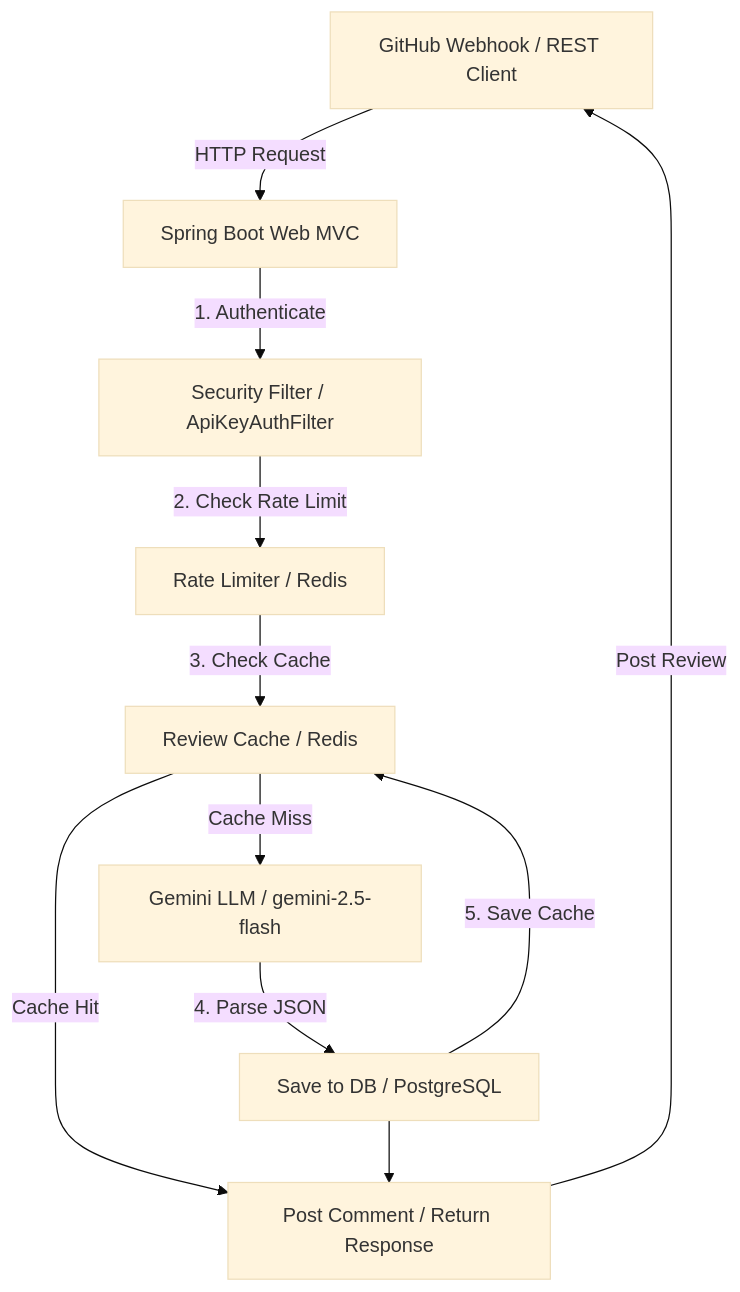
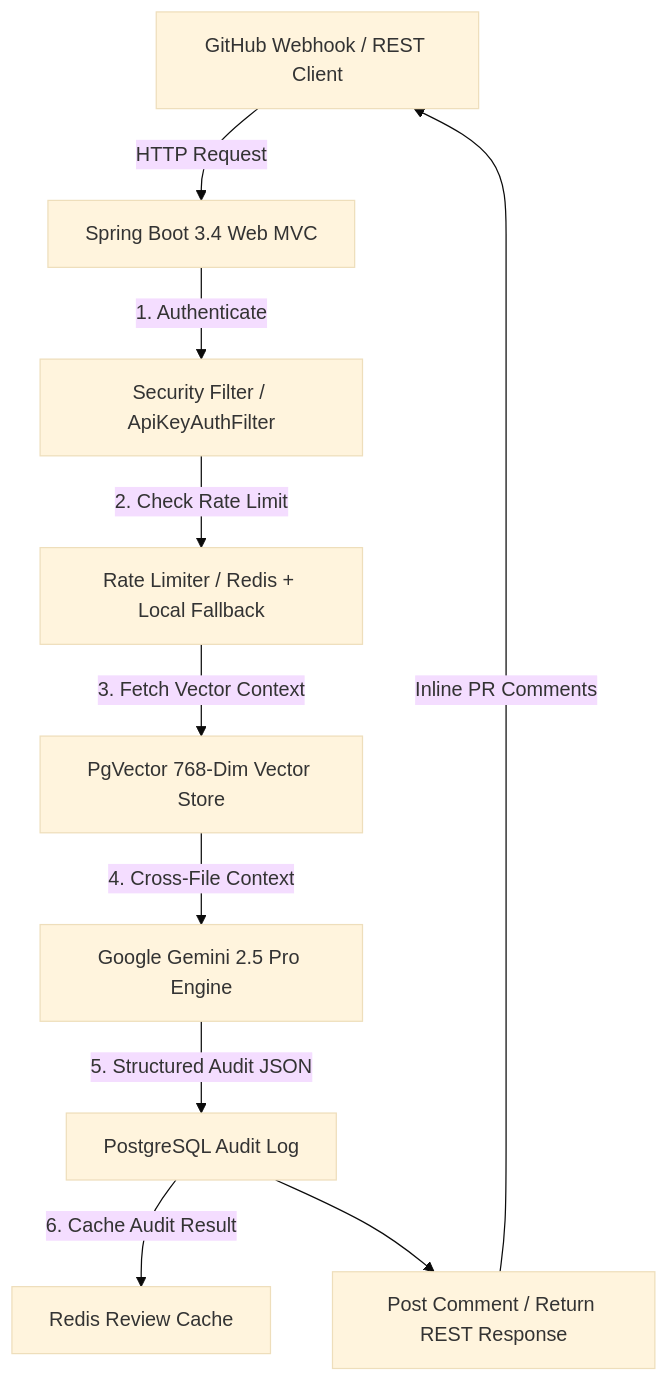
Before and after one commit to atharvvvv-v/AICodeReviewBot: the diagram in README.md, drawn with Mermaid (base theme). The commit also changed other lines of this file, not shown here.

Commit message:
docs(readme): update documentation with SentinAI UI redesign, RAG architecture, and resume summary

````diff
--- a/README.md
+++ b/README.md
@@ -85,16 +77,14 @@
 ```mermaid
 graph TD
-    GH[GitHub Webhook / REST Client] -->|HTTP Request| API[Spring Boot Web MVC]
+    GH[GitHub Webhook / REST Client] -->|HTTP Request| API[Spring Boot 3.4 Web MVC]
     API -->|1. Authenticate| SEC[Security Filter / ApiKeyAuthFilter]
-    SEC -->|2. Check Rate Limit| RL[Rate Limiter / Redis]
-    RL -->|3. Check Cache| CH[Review Cache / Redis]
+    SEC -->|2. Check Rate Limit| RL[Rate Limiter / Redis + Local Fallback]
+    RL -->|3. Fetch Vector Context| RAG[PgVector 768-Dim Vector Store]
     
-    CH -- Cache Hit --> OUT[Post Comment / Return Response]
-    CH -- Cache Miss --> LLM[Gemini LLM / gemini-2.5-flash]
+    RAG -->|4. Cross-File Context| LLM[Google Gemini 2.5 Pro Engine]
+    LLM -->|5. Structured Audit JSON| DB[PostgreSQL Audit Log]
     
-    LLM -->|4. Parse JSON| DB[Save to DB / PostgreSQL]
-    DB -->|5. Save Cache| CH
-    DB --> OUT
-    
-    OUT -->|Post Review| GH
+    DB -->|6. Cache Audit Result| CH[Redis Review Cache]
+    DB --> OUT[Post Comment / Return REST Response]
+    OUT -->|Inline PR Comments| GH
 ```
````
